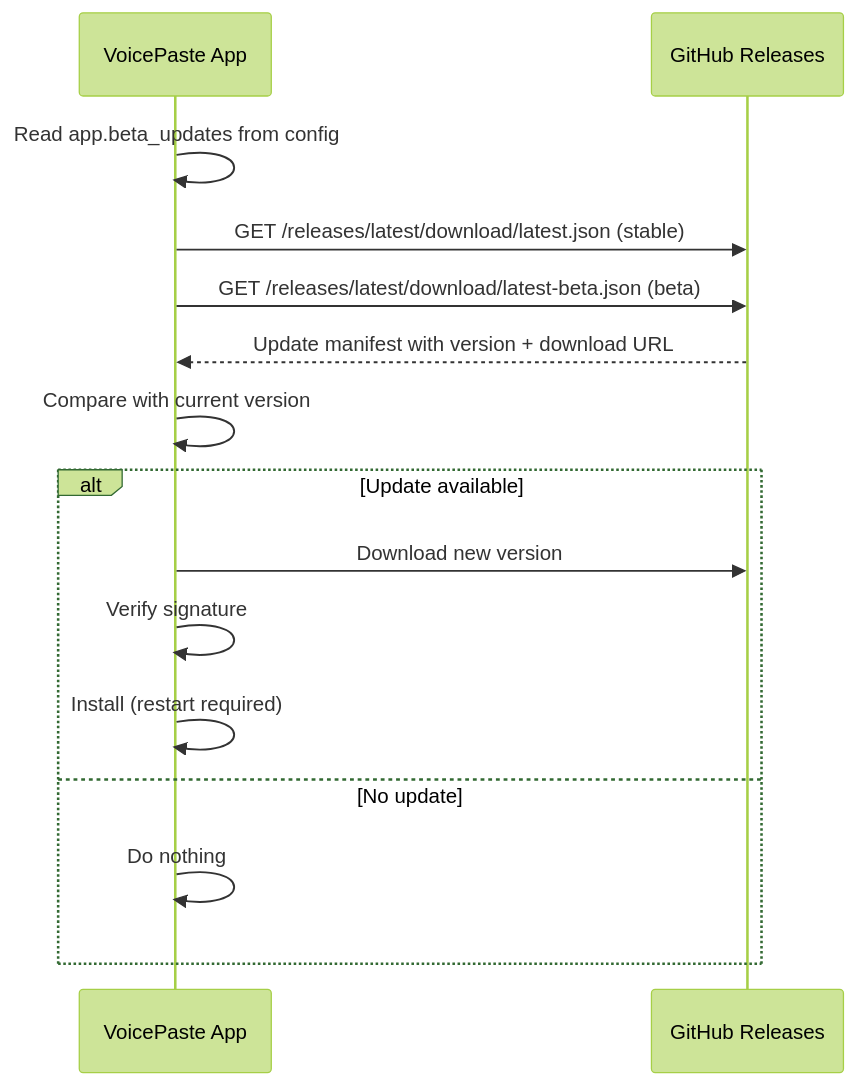
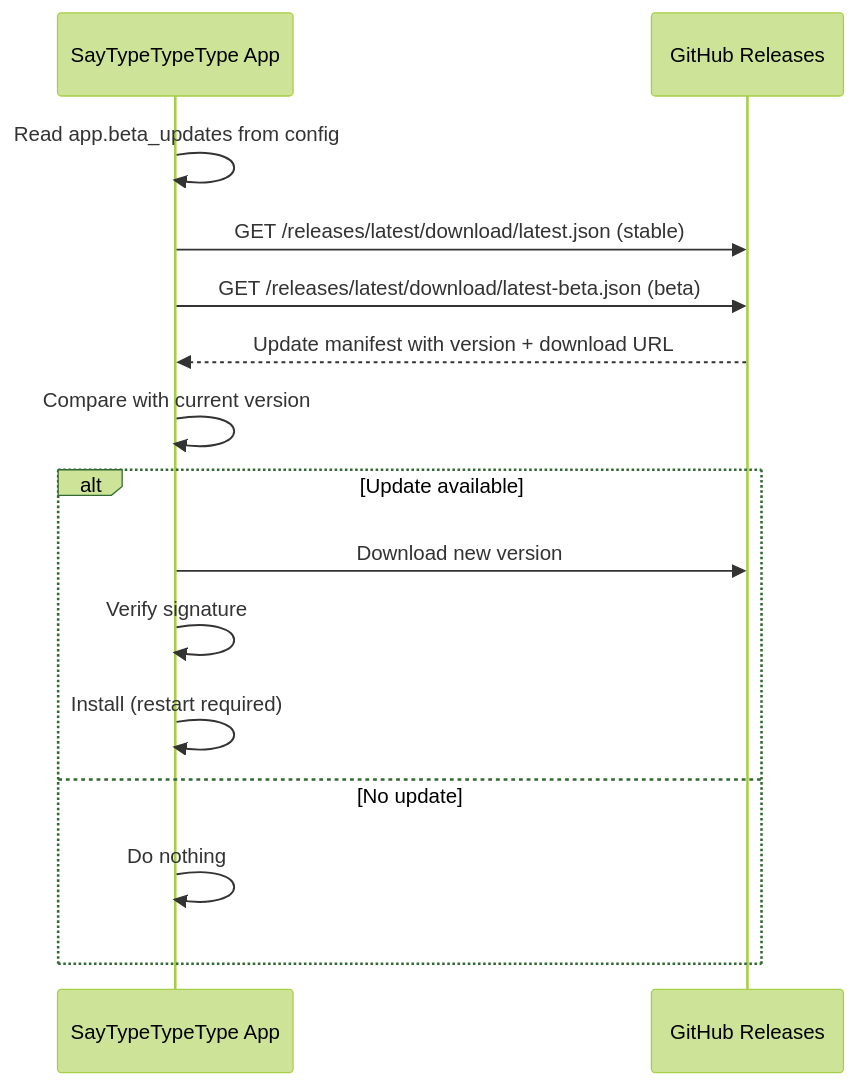
The diagram in docs/testing-and-release.md (no5ix/saytypetypetype), drawn with Mermaid (forest theme) before and after one commit. The commit also changed other lines of this file and 91 other files, not shown here.

````diff
--- a/docs/testing-and-release.md
+++ b/docs/testing-and-release.md
@@ -222,18 +222,18 @@
 ```mermaid
 sequenceDiagram
-    participant App as VoicePaste App
+    participant App as SayTypeTypeType App
     participant GH as GitHub Releases
 
     App->>App: Read app.beta_updates from config
     App->>GH: GET /releases/latest/download/latest.json (stable)
     App->>GH: GET /releases/latest/download/latest-beta.json (beta)
     GH-->>App: Update manifest with version + download URL
     App->>App: Compare with current version
     alt Update available
         App->>GH: Download new version
         App->>App: Verify signature
         App->>App: Install (restart required)
     else No update
         App->>App: Do nothing
     end
 ```
````
